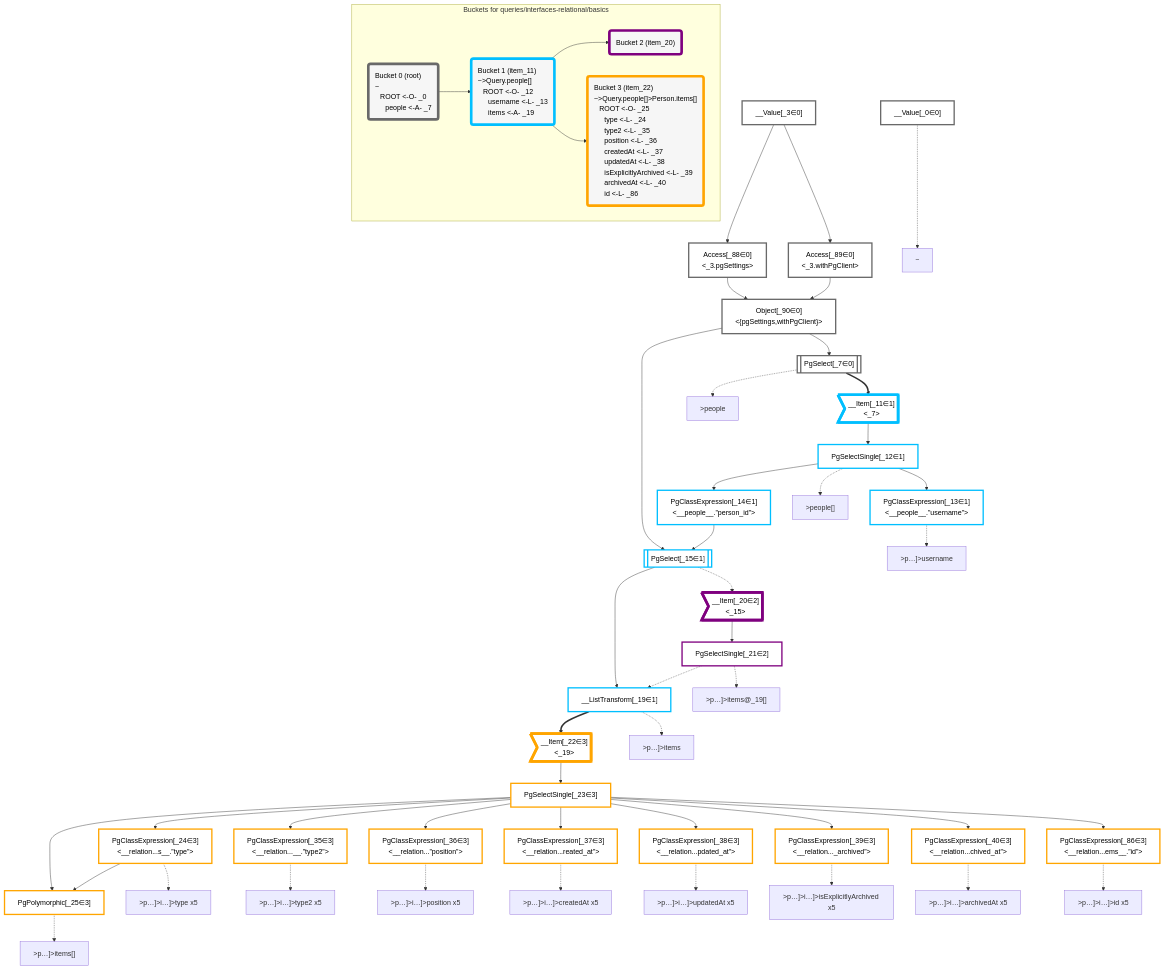
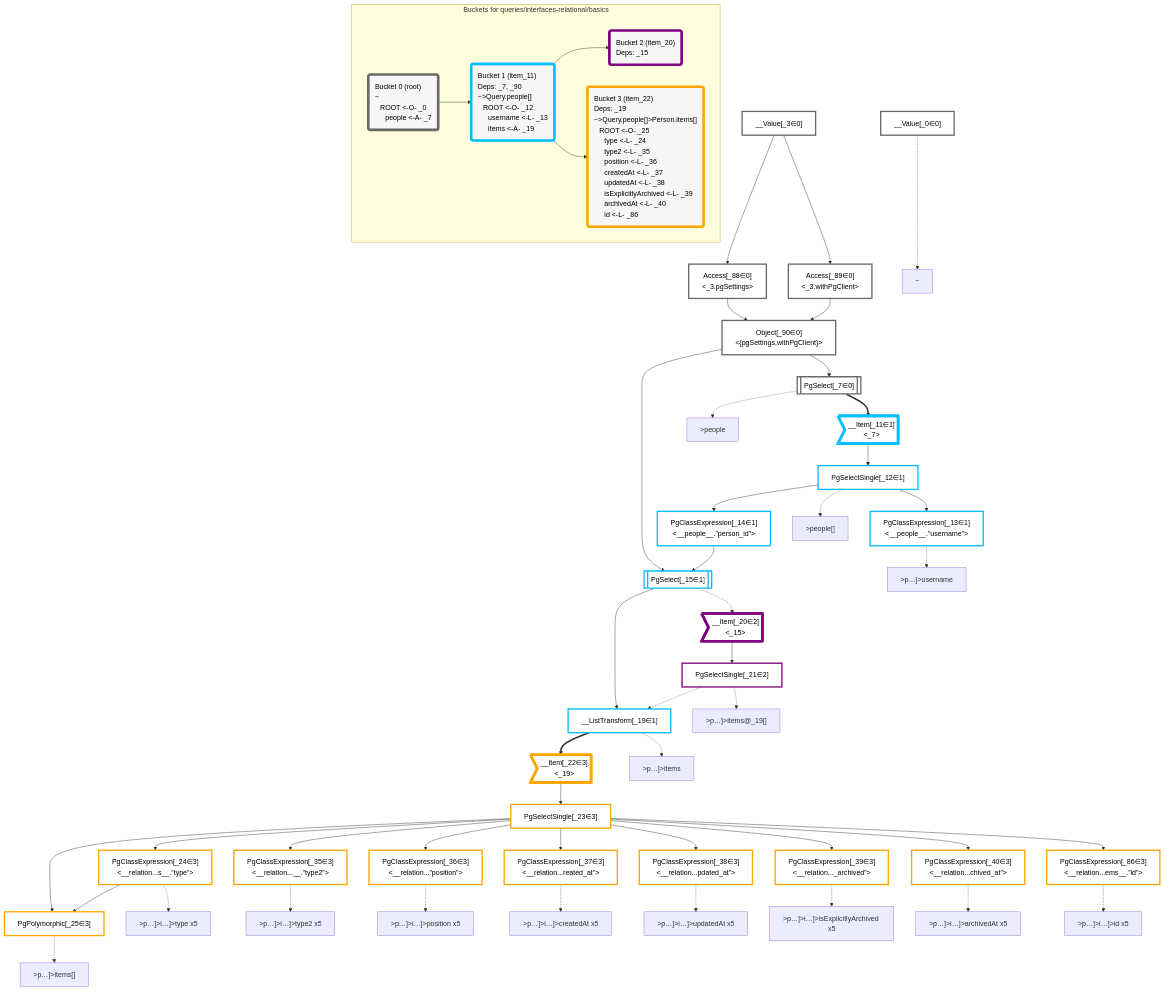
One commit to graphile/crystal changed the diagram in packages/dataplan-pg/__tests__/queries/interfaces-relational/basics.deopt.mermaid.md. Above: the diagram before and after it, drawn with Mermaid. The commit also changed 157 other files, not shown here.

Commit message:
Add deps to all query snapshots

```diff
--- a/packages/dataplan-pg/__tests__/queries/interfaces-relational/basics.deopt.mermaid.md
+++ b/packages/dataplan-pg/__tests__/queries/interfaces-relational/basics.deopt.mermaid.md
@@ -108,13 +108,13 @@
     subgraph "Buckets for queries/interfaces-relational/basics"
     Bucket0("Bucket 0 (root)<br />~<br />⠀ROOT <-O- _0<br />⠀⠀people <-A- _7"):::bucket
     style Bucket0 stroke:#696969
-    Bucket1("Bucket 1 (item_11)<br />~>Query.people[]<br />⠀ROOT <-O- _12<br />⠀⠀username <-L- _13<br />⠀⠀items <-A- _19"):::bucket
+    Bucket1("Bucket 1 (item_11)<br />Deps: _7, _90<br />~>Query.people[]<br />⠀ROOT <-O- _12<br />⠀⠀username <-L- _13<br />⠀⠀items <-A- _19"):::bucket
     style Bucket1 stroke:#00bfff
     Bucket0 --> Bucket1
-    Bucket2("Bucket 2 (item_20)"):::bucket
+    Bucket2("Bucket 2 (item_20)<br />Deps: _15"):::bucket
     style Bucket2 stroke:#7f007f
     Bucket1 --> Bucket2
-    Bucket3("Bucket 3 (item_22)<br />~>Query.people[]>Person.items[]<br />⠀ROOT <-O- _25<br />⠀⠀type <-L- _24<br />⠀⠀type2 <-L- _35<br />⠀⠀position <-L- _36<br />⠀⠀createdAt <-L- _37<br />⠀⠀updatedAt <-L- _38<br />⠀⠀isExplicitlyArchived <-L- _39<br />⠀⠀archivedAt <-L- _40<br />⠀⠀id <-L- _86"):::bucket
+    Bucket3("Bucket 3 (item_22)<br />Deps: _19<br />~>Query.people[]>Person.items[]<br />⠀ROOT <-O- _25<br />⠀⠀type <-L- _24<br />⠀⠀type2 <-L- _35<br />⠀⠀position <-L- _36<br />⠀⠀createdAt <-L- _37<br />⠀⠀updatedAt <-L- _38<br />⠀⠀isExplicitlyArchived <-L- _39<br />⠀⠀archivedAt <-L- _40<br />⠀⠀id <-L- _86"):::bucket
     style Bucket3 stroke:#ffa500
     Bucket1 --> Bucket3
     end
```
